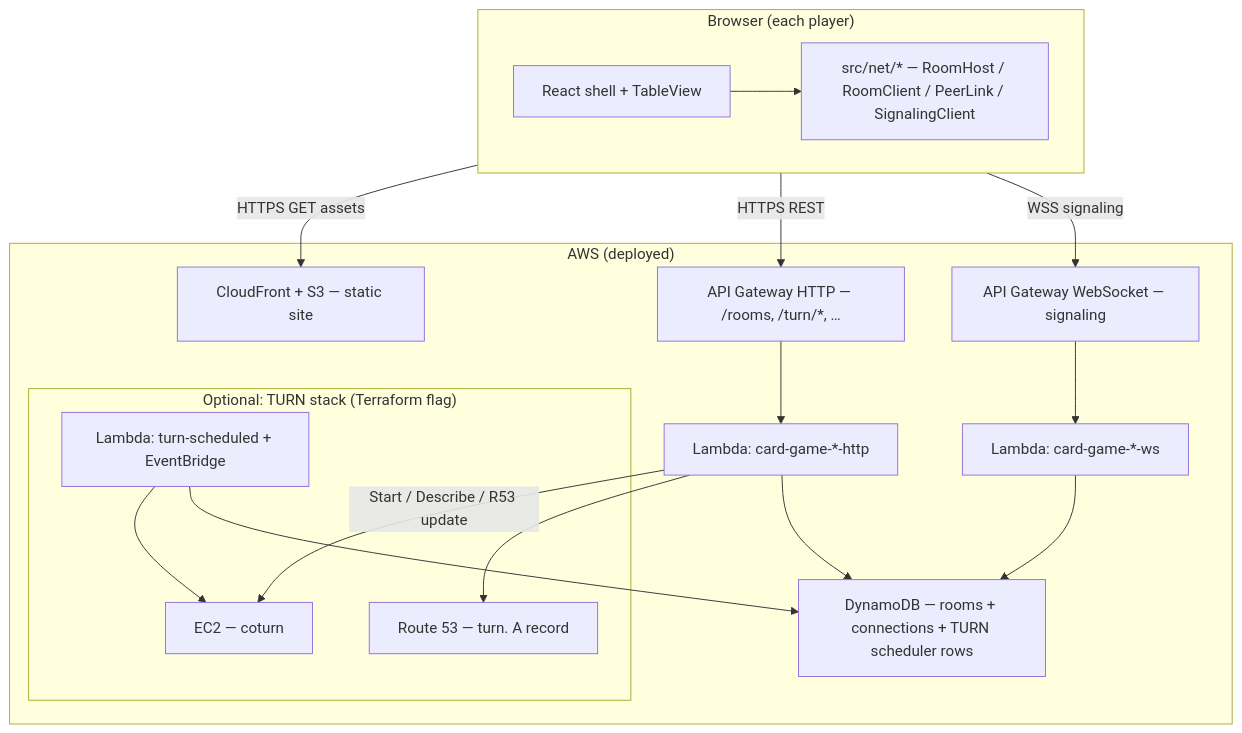
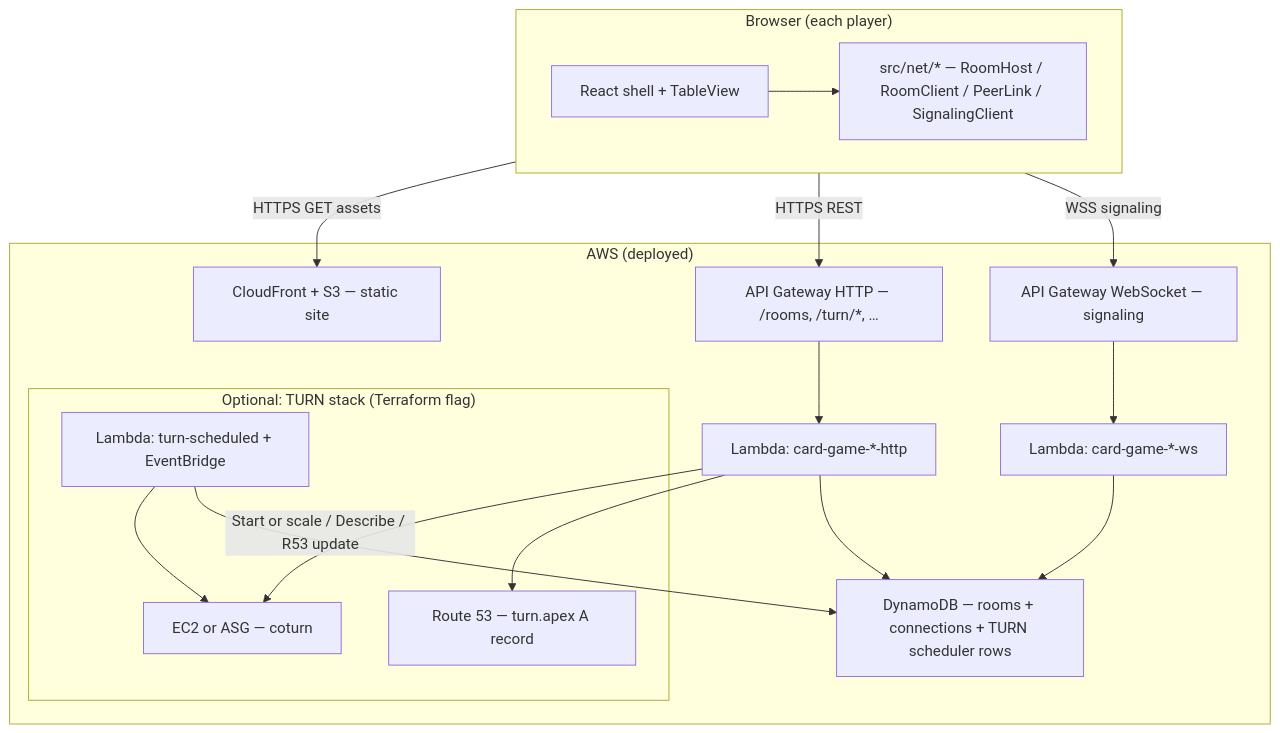
One commit to MichaelJ43/card-game changed the first of 5 diagrams in docs/architecture.md. Above: the diagram before and after it, drawn with Mermaid. The commit also changed other lines of this file and 22 other files, not shown here.

Commit message:
scale coturn relay infrastructure

````diff
--- a/docs/architecture.md
+++ b/docs/architecture.md
@@ -19,34 +19,34 @@
 ```mermaid
 flowchart TB
   subgraph Browser["Browser (each player)"]
     App["React shell + TableView"]
     Net["src/net/* — RoomHost / RoomClient / PeerLink / SignalingClient"]
     App --> Net
   end
 
   subgraph AWS["AWS (deployed)"]
     CF["CloudFront + S3 — static site"]
     HTTP["API Gateway HTTP — /rooms, /turn/*, …"]
     WS["API Gateway WebSocket — signaling"]
     LHttp["Lambda: card-game-*-http"]
     LWs["Lambda: card-game-*-ws"]
     DDB["DynamoDB — rooms + connections + TURN scheduler rows"]
     subgraph OptionalTURN["Optional: TURN stack (Terraform flag)"]
-      EC2["EC2 — coturn"]
-      R53["Route 53 — turn.<apex> A record"]
+      EC2["EC2 or ASG — coturn"]
+      R53["Route 53 — turn.apex A record"]
       LSched["Lambda: turn-scheduled + EventBridge"]
     end
   end
 
   Browser -->|HTTPS GET assets| CF
   Browser -->|HTTPS REST| HTTP
   Browser -->|WSS signaling| WS
   HTTP --> LHttp
   WS --> LWs
   LHttp --> DDB
   LWs --> DDB
-  LHttp -->|Start / Describe / R53 update| EC2
+  LHttp -->|Start or scale / Describe / R53 update| EC2
   LHttp --> R53
   LSched --> EC2
   LSched --> DDB
 ```
````
